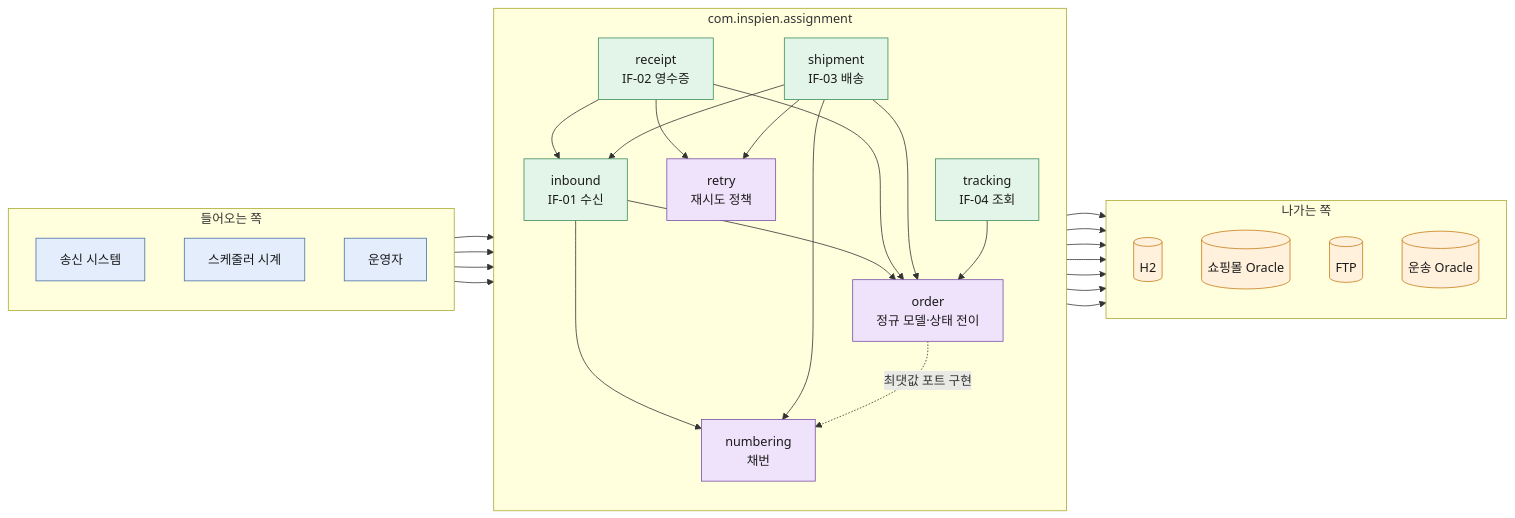
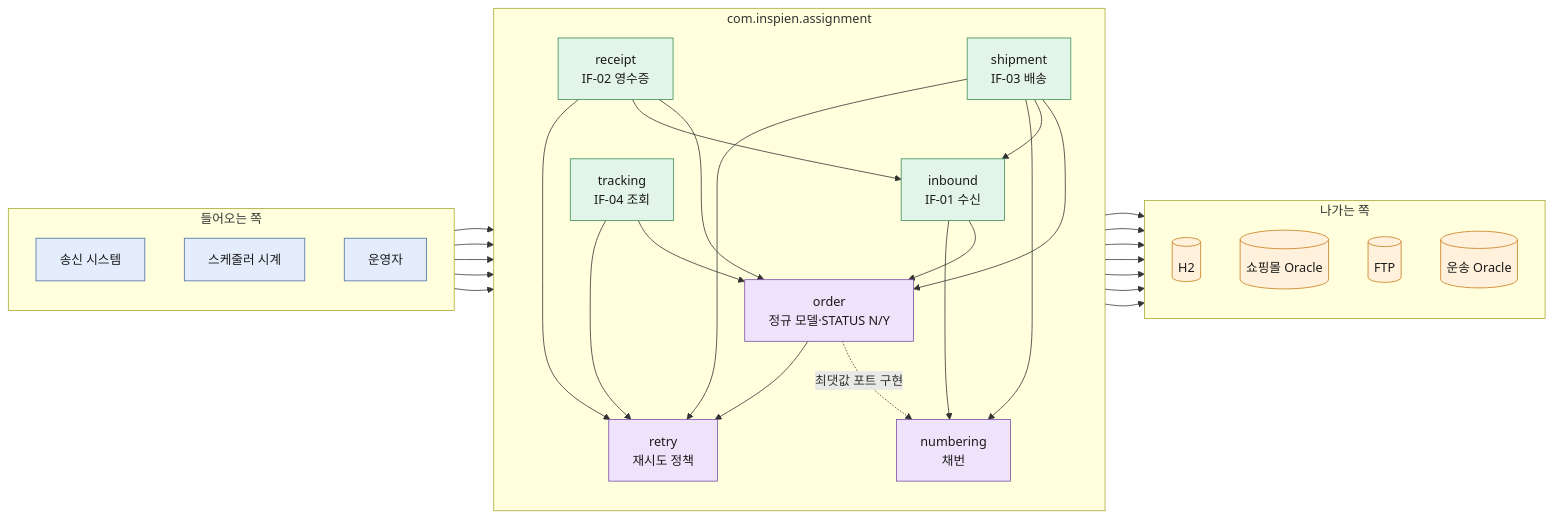
The fourth of 21 diagrams in docs/design.md (milkkwong2/inspien-assignment), drawn with Mermaid before and after one commit. The commit also changed other lines of this file and 2 other files, not shown here.

First line of the commit message:
docs: STATUS N/Y 재설계와 공통 시각 필드 (D-26, D-27)

````diff
--- a/docs/design.md
+++ b/docs/design.md
@@ -160,53 +166,56 @@
 ```mermaid
 flowchart LR
     subgraph IN[들어오는 쪽]
         direction TB
         S[송신 시스템]:::ext
         T[스케줄러 시계]:::ext
         OP[운영자]:::ext
     end
     subgraph APP[com.inspien.assignment]
         direction TB
         inbound[inbound<br/>IF-01 수신]:::app
         receipt[receipt<br/>IF-02 영수증]:::app
         shipment[shipment<br/>IF-03 배송]:::app
         tracking[tracking<br/>IF-04 조회]:::app
-        order[order<br/>정규 모델·상태 전이]:::core
+        order[order<br/>정규 모델·STATUS N/Y]:::core
         numbering[numbering<br/>채번]:::core
         retry[retry<br/>재시도 정책]:::core
     end
     subgraph OUT[나가는 쪽]
         direction TB
         H2[(H2)]:::store
         SHOP[(쇼핑몰 Oracle)]:::store
         FTP[(FTP)]:::store
         SHIP[(운송 Oracle)]:::store
     end
     S --> inbound
     T --> receipt
     T --> shipment
+    T --> order
     OP --> tracking
     inbound --> order
     inbound --> numbering
     receipt --> order
     receipt --> inbound
     receipt --> retry
     shipment --> order
     shipment --> inbound
     shipment --> numbering
     shipment --> retry
     order -. 최댓값 포트 구현 .-> numbering
+    order --> retry
     tracking --> order
+    tracking --> retry
     inbound --> H2
     numbering --> H2
     retry --> H2
     tracking --> H2
     order --> SHOP
     receipt --> FTP
     shipment --> SHIP
 
     classDef ext fill:#e3edfb,stroke:#4a6fa5,color:#1a1a1a
     classDef app fill:#e3f4e8,stroke:#3c8d5a,color:#1a1a1a
     classDef core fill:#efe3fb,stroke:#7a4fa5,color:#1a1a1a
     classDef store fill:#fff1dc,stroke:#c77d1a,color:#1a1a1a
 ```
````
